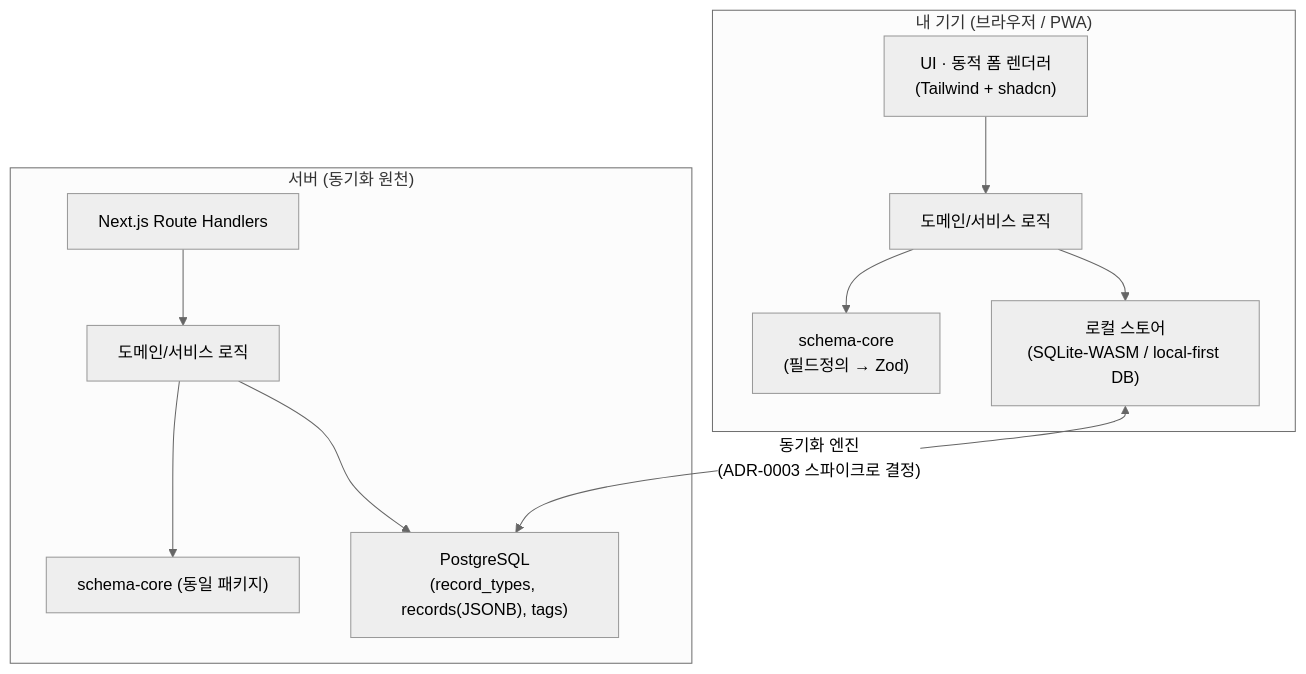
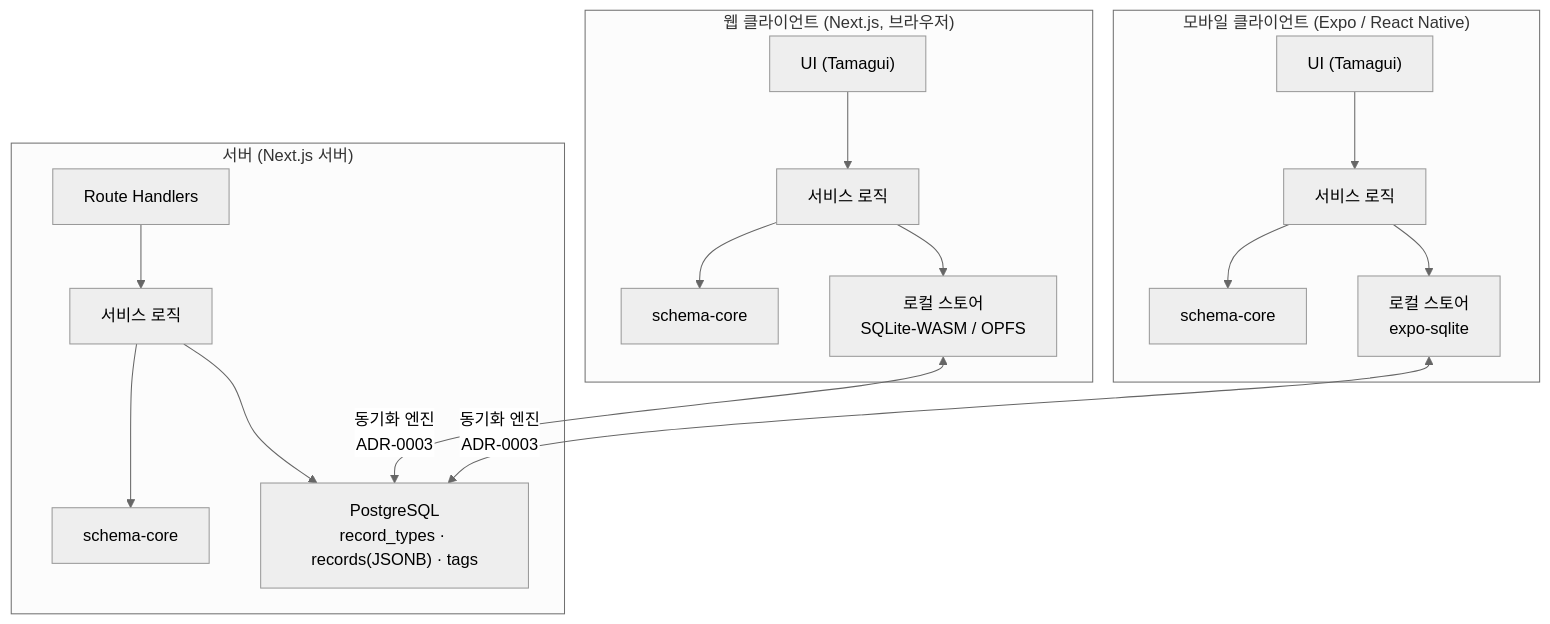
One commit to ghtjd626/portfolio changed the diagram in lore/docs/architecture.md. Above: the diagram before and after it, drawn with Mermaid (neutral theme). The commit also changed other lines of this file and 9 other files, not shown here.

````diff
--- a/lore/docs/architecture.md
+++ b/lore/docs/architecture.md
@@ -8,22 +8,17 @@
 ```mermaid
 flowchart TB
-    subgraph Client["내 기기 (브라우저 / PWA)"]
-        UI["UI · 동적 폼 렌더러<br/>(Tailwind + shadcn)"]
-        SVC_C["도메인/서비스 로직"]
-        CORE_C["schema-core<br/>(필드정의 → Zod)"]
-        LDB["로컬 스토어<br/>(SQLite-WASM / local-first DB)"]
-        UI --> SVC_C --> CORE_C
-        SVC_C --> LDB
+    subgraph Web["웹 클라이언트 (Next.js, 브라우저)"]
+        UIW["UI (Tamagui)"] --> SVCW["서비스 로직"] --> COREW["schema-core"]
+        SVCW --> LDBW["로컬 스토어<br/>SQLite-WASM / OPFS"]
     end
-
-    subgraph Server["서버 (동기화 원천)"]
-        API["Next.js Route Handlers"]
-        SVC_S["도메인/서비스 로직"]
-        CORE_S["schema-core (동일 패키지)"]
-        PG["PostgreSQL<br/>(record_types, records(JSONB), tags)"]
-        API --> SVC_S --> CORE_S
-        SVC_S --> PG
+    subgraph Mobile["모바일 클라이언트 (Expo / React Native)"]
+        UIM["UI (Tamagui)"] --> SVCM["서비스 로직"] --> COREM["schema-core"]
+        SVCM --> LDBM["로컬 스토어<br/>expo-sqlite"]
     end
-
-    LDB <-->|"동기화 엔진<br/>(ADR-0003 스파이크로 결정)"| PG
+    subgraph Server["서버 (Next.js 서버)"]
+        API["Route Handlers"] --> SVCS["서비스 로직"] --> CORES["schema-core"]
+        SVCS --> PG["PostgreSQL<br/>record_types · records(JSONB) · tags"]
+    end
+    LDBW <-->|동기화 엔진<br/>ADR-0003| PG
+    LDBM <-->|동기화 엔진<br/>ADR-0003| PG
 ```
````
